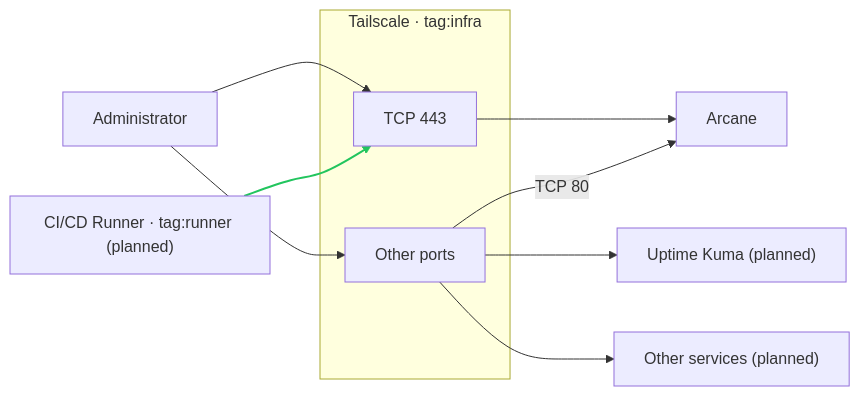
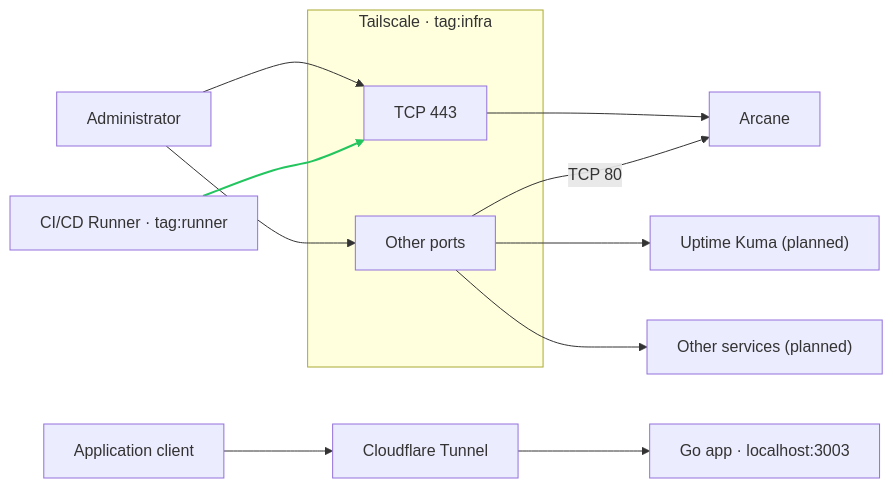
One commit to nabilfikrisp/cicd-infra changed the diagram in README.md. Above: the diagram before and after it, drawn with Mermaid. The commit also changed other lines of this file and 2 other files, not shown here.

````diff
--- a/README.md
+++ b/README.md
@@ -29,21 +27,25 @@
 ```mermaid
 flowchart LR
     Admin["Administrator"]
-    Runner["CI/CD Runner · tag:runner (planned)"]
+    Runner["CI/CD Runner · tag:runner"]
+    Visitor["Application client"]
+    Cloudflare["Cloudflare Tunnel"]
+    App["Go app · localhost:3003"]
 
     subgraph Gateway["Tailscale · tag:infra"]
         HTTPS["TCP 443"]
         Other["Other ports"]
     end
 
     Admin --> HTTPS
     Admin --> Other
     Runner --> HTTPS
 
     HTTPS --> Arcane
     Other -->|TCP 80| Arcane
     Other --> Kuma["Uptime Kuma (planned)"]
     Other --> Services["Other services (planned)"]
+    Visitor --> Cloudflare --> App
 
     linkStyle 2 stroke:#22c55e,stroke-width:2px
 ```
````
